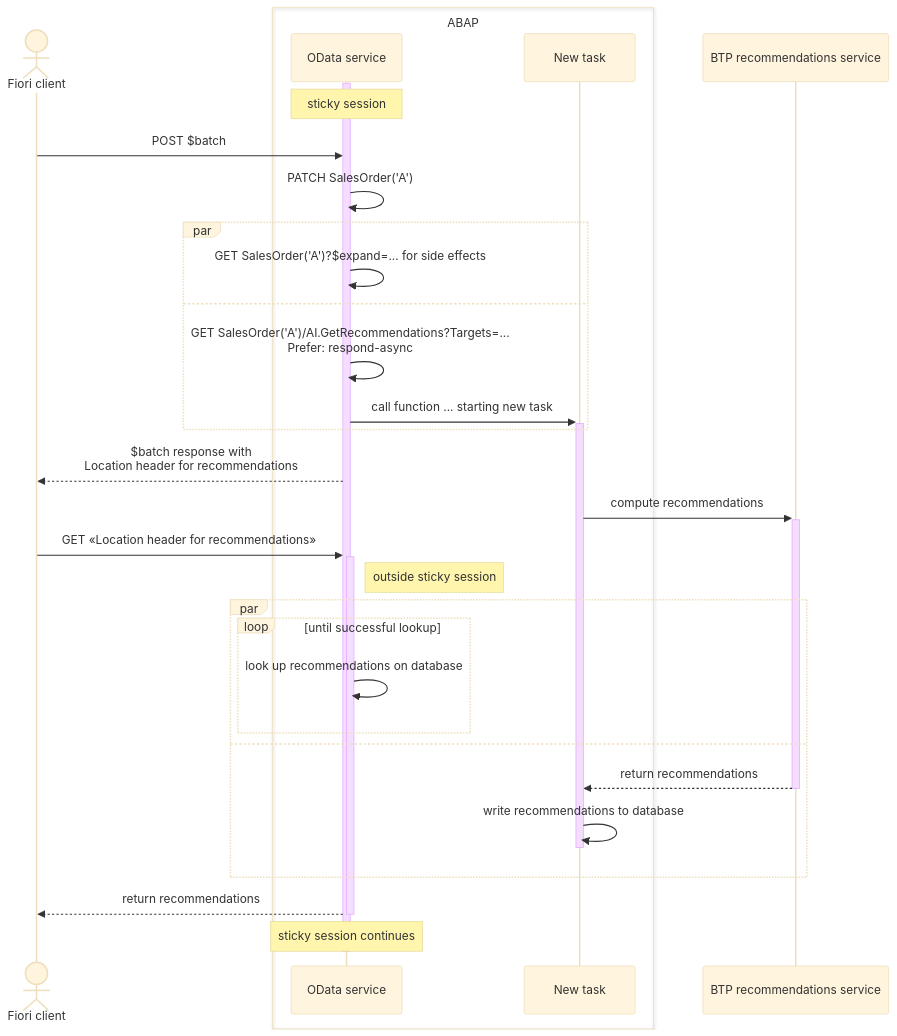
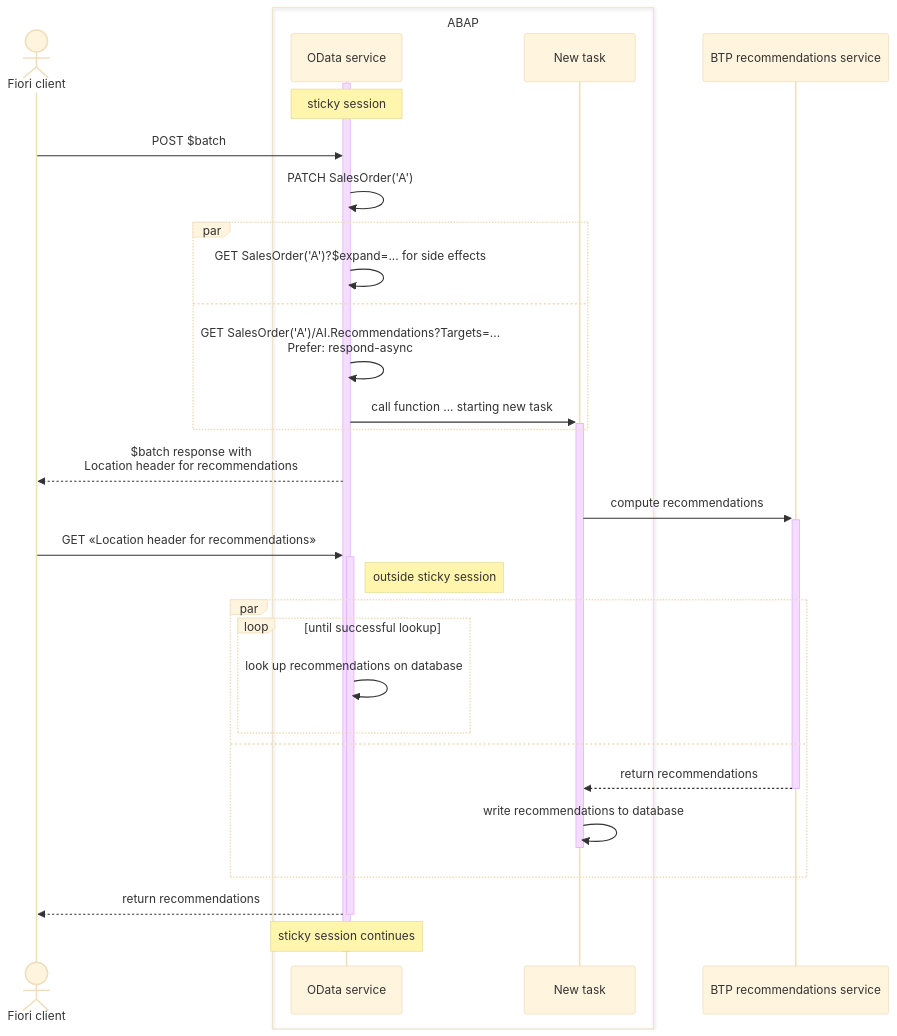
One commit to SAP/odata-vocabularies changed the first of 3 diagrams in docs/recommendations.md. Above: the diagram before and after it, drawn with Mermaid (base theme). The commit also changed other lines of this file and 3 other files, not shown here.

````diff
--- a/docs/recommendations.md
+++ b/docs/recommendations.md
@@ -3,35 +3,35 @@
 ```mermaid
 sequenceDiagram
   actor client as Fiori client
   box ABAP
     participant server as OData service
     participant task as New task
   end
   participant AI as BTP recommendations service
   activate server
   note over server: sticky session
   client ->> server: POST $batch
   server ->> server: PATCH SalesOrder('A')
   par
     server ->> server: GET SalesOrder('A')?$expand=... for side effects
   and
-    server ->> server: GET SalesOrder('A')/AI.GetRecommendations?Targets=...<br>Prefer: respond-async
+    server ->> server: GET SalesOrder('A')/AI.Recommendations?Targets=...<br>Prefer: respond-async
     server ->>+ task: call function ... starting new task
   end
   server -->> client: $batch response with<br>Location header for recommendations
   task ->>+ AI: compute recommendations
   client ->>+ server: GET «Location header for recommendations»
   note right of server: outside sticky session
   par
     loop until successful lookup
       server ->> server: look up recommendations on database
     end
   and
     AI -->>- task: return recommendations
     task ->> task: write recommendations to database
     deactivate task
   end
   server -->>- client: return recommendations
   note over server: sticky session continues
   deactivate server
 ```
````
